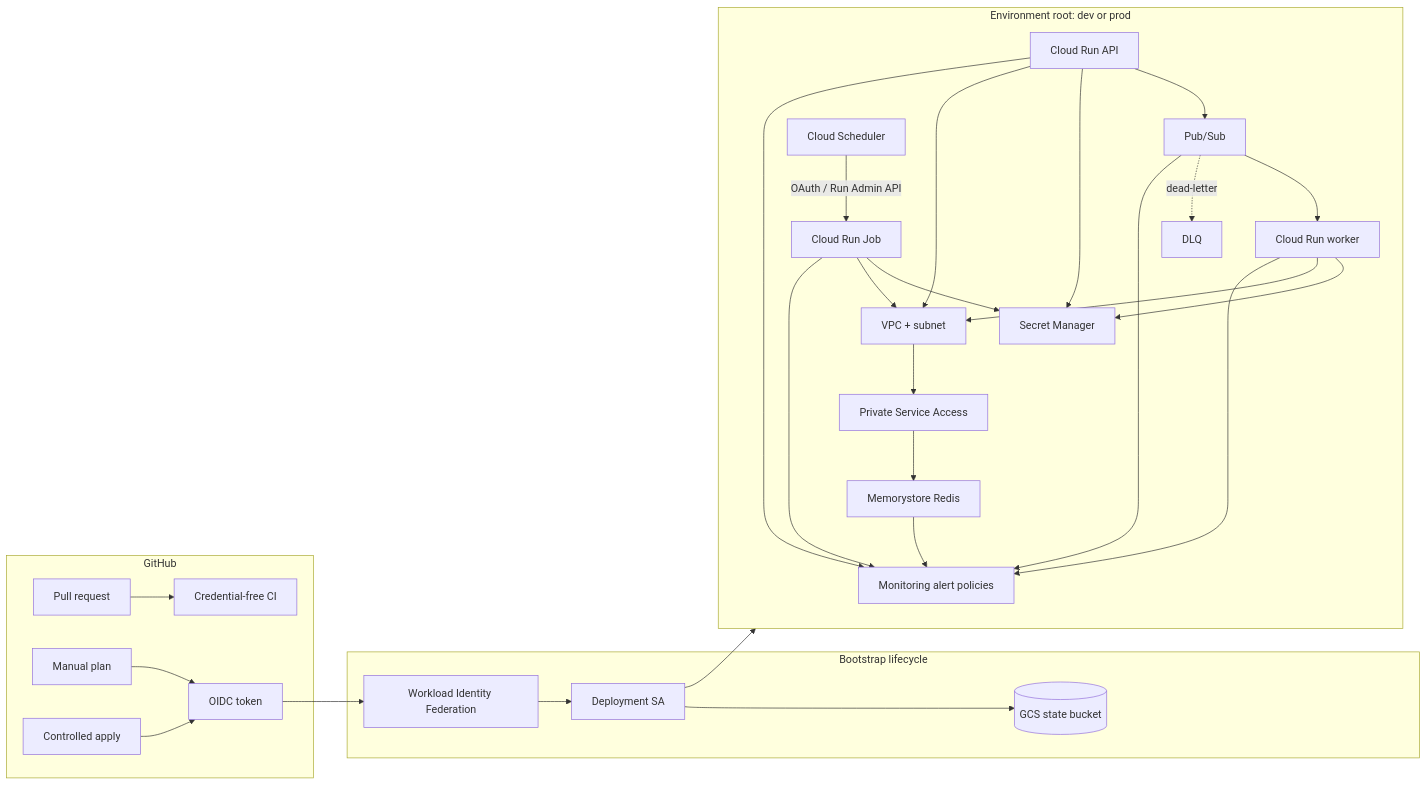
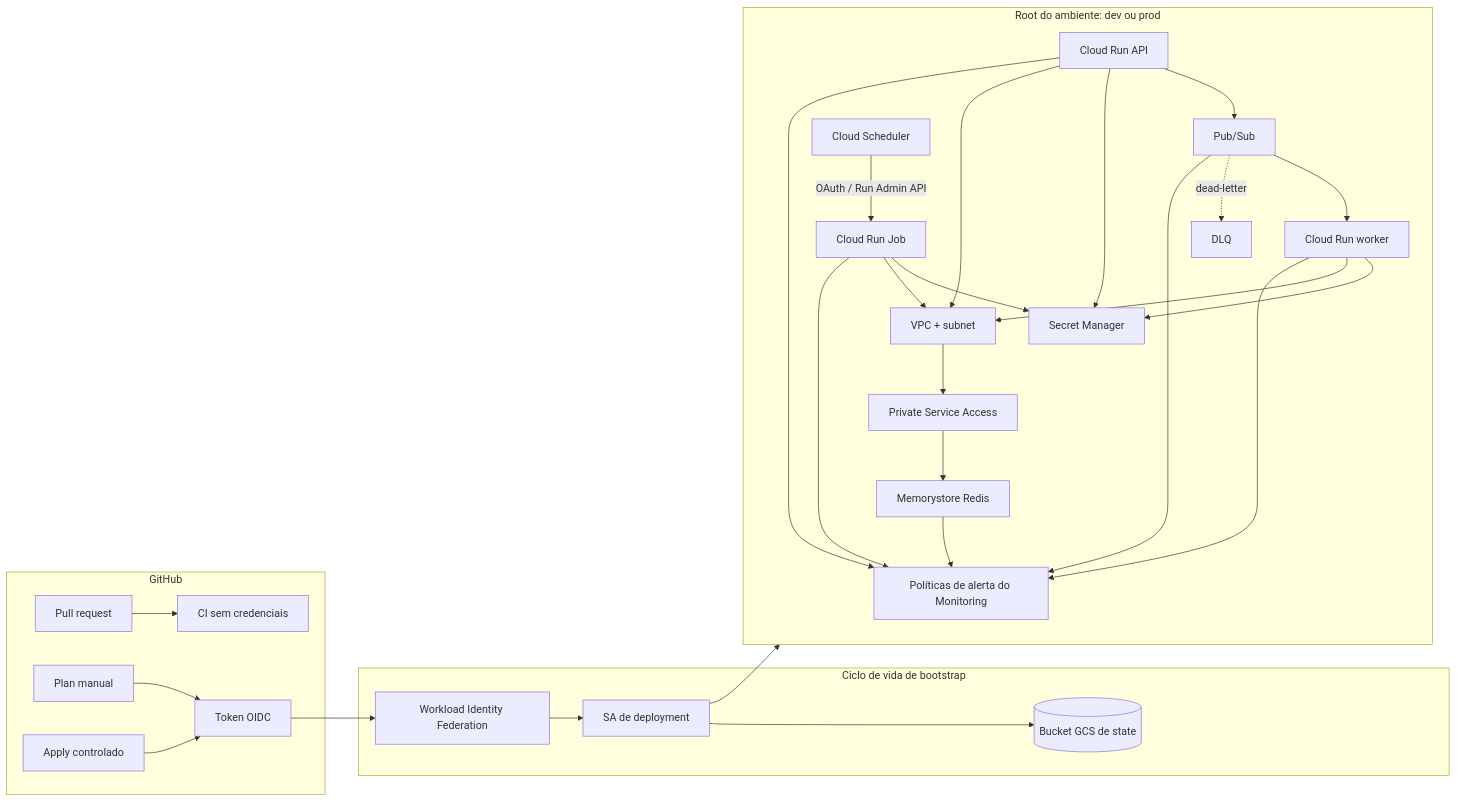
Before and after one commit to rodri-oliveira-dev/terraform-gcp-dotnet-blueprint: the diagram in docs/architecture.md, drawn with Mermaid. The commit also changed other lines of this file and 5 other files, not shown here.

````diff
--- a/docs/architecture.md
+++ b/docs/architecture.md
@@ -11,56 +11,56 @@
 ```mermaid
 flowchart LR
     subgraph GitHub[GitHub]
         PR[Pull request]
-        CI[Credential-free CI]
-        PLAN[Manual plan]
-        APPLY[Controlled apply]
-        OIDC[OIDC token]
+        CI[CI sem credenciais]
+        PLAN[Plan manual]
+        APPLY[Apply controlado]
+        OIDC[Token OIDC]
     end
 
-    subgraph Bootstrap[Bootstrap lifecycle]
-        STATE[(GCS state bucket)]
+    subgraph Bootstrap[Ciclo de vida de bootstrap]
+        STATE[(Bucket GCS de state)]
         WIF[Workload Identity Federation]
-        DEPLOYER[Deployment SA]
+        DEPLOYER[SA de deployment]
     end
 
-    subgraph Env[Environment root: dev or prod]
+    subgraph Env[Root do ambiente: dev ou prod]
         API[Cloud Run API]
         PS[Pub/Sub]
         WORKER[Cloud Run worker]
         DLQ[DLQ]
         SCHED[Cloud Scheduler]
         JOB[Cloud Run Job]
         SECRET[Secret Manager]
         VPC[VPC + subnet]
         PSA[Private Service Access]
         REDIS[Memorystore Redis]
-        MON[Monitoring alert policies]
+        MON[Políticas de alerta do Monitoring]
     end
 
     PR --> CI
     PLAN --> OIDC
     APPLY --> OIDC
     OIDC --> WIF --> DEPLOYER
     DEPLOYER --> STATE
     DEPLOYER --> Env
 
     API --> PS --> WORKER
     PS -. dead-letter .-> DLQ
     SCHED -->|OAuth / Run Admin API| JOB
 
     API --> SECRET
     WORKER --> SECRET
     JOB --> SECRET
 
     API --> VPC
     WORKER --> VPC
     JOB --> VPC
     VPC --> PSA --> REDIS
 
     API --> MON
     WORKER --> MON
     PS --> MON
     JOB --> MON
     REDIS --> MON
 ```
````
